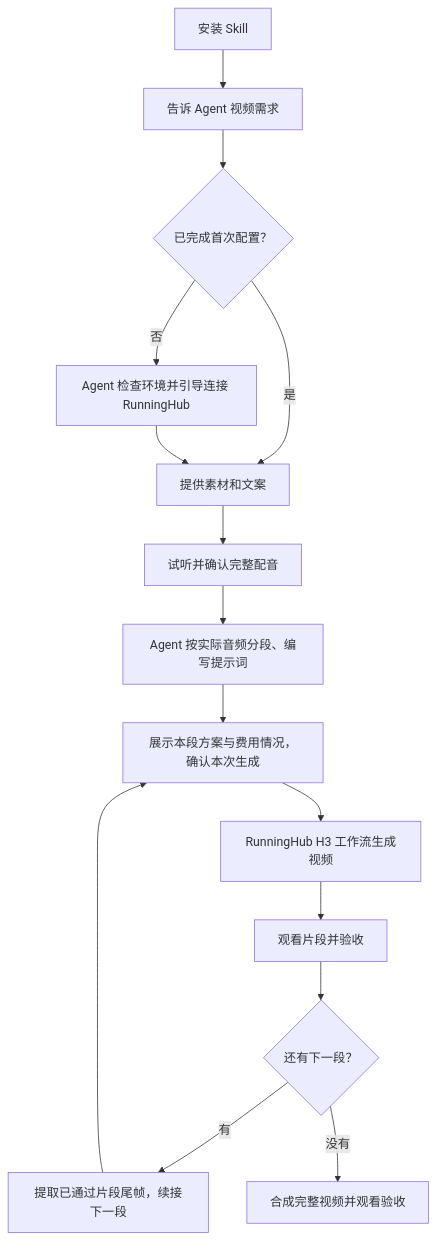
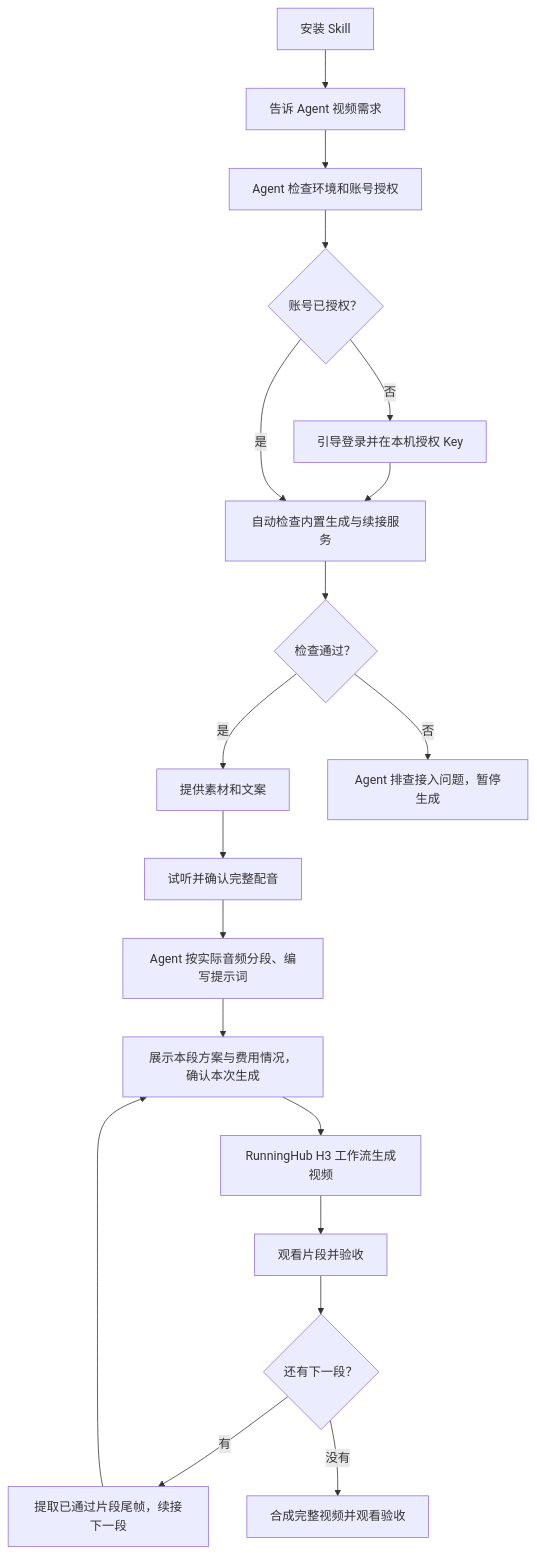
One commit to JasperCQ/talking-head-video-skill changed the diagram in README.md. Above: the diagram before and after it, drawn with Mermaid. The commit also changed other lines of this file and 12 other files, not shown here.

````diff
--- a/README.md
+++ b/README.md
@@ -63,17 +65,21 @@
 ```mermaid
 flowchart TD
     A[安装 Skill] --> B[告诉 Agent 视频需求]
-    B --> C{已完成首次配置？}
-    C -->|否| D[Agent 检查环境并引导连接 RunningHub]
-    C -->|是| E[提供素材和文案]
-    D --> E
+    B --> C[Agent 检查环境和账号授权]
+    C --> D{账号已授权？}
+    D -->|否| N[引导登录并在本机授权 Key]
+    N --> O[自动检查内置生成与续接服务]
+    D -->|是| O
+    O --> P{检查通过？}
+    P -->|是| E[提供素材和文案]
+    P -->|否| Q[Agent 排查接入问题，暂停生成]
     E --> F[试听并确认完整配音]
     F --> G[Agent 按实际音频分段、编写提示词]
     G --> H[展示本段方案与费用情况，确认本次生成]
     H --> I[RunningHub H3 工作流生成视频]
     I --> J[观看片段并验收]
     J --> K{还有下一段？}
     K -->|有| L[提取已通过片段尾帧，续接下一段]
     L --> H
     K -->|没有| M[合成完整视频并观看验收]
 ```
````
